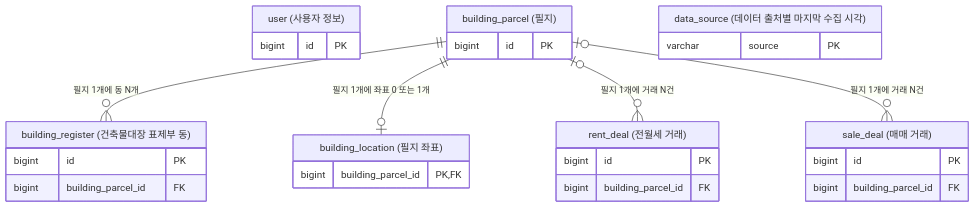
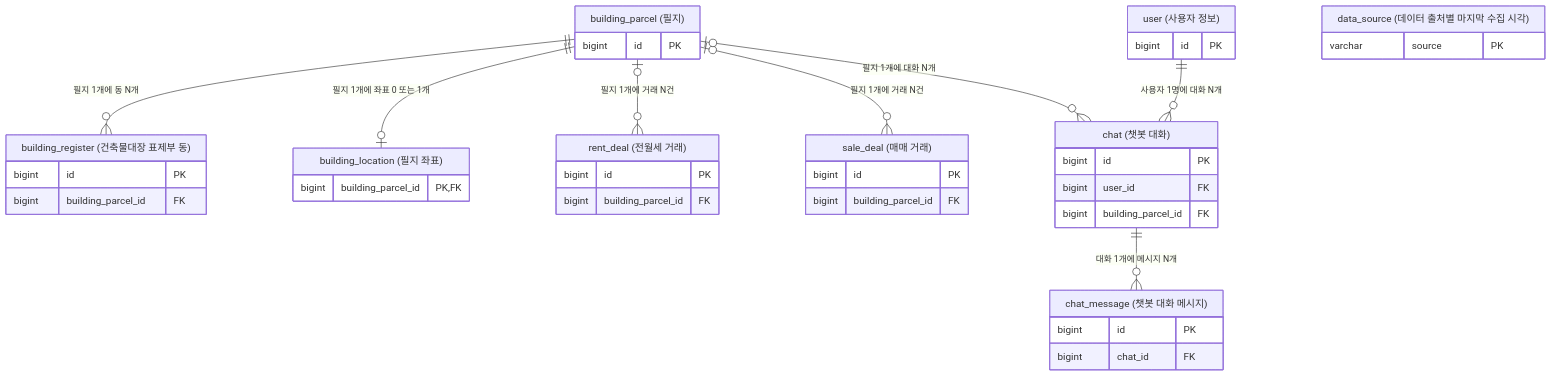
One commit to f-lab-edu/jipsee changed the first of 10 diagrams in docs/erd.md. Above: the diagram before and after it, drawn with Mermaid. The commit also changed other lines of this file and 4 other files, not shown here.

````diff
--- a/docs/erd.md
+++ b/docs/erd.md
@@ -5,31 +5,43 @@
 ```mermaid
 erDiagram
     user["user (사용자 정보)"] {
         bigint id PK
     }
     building_parcel ||--o{ building_register : "필지 1개에 동 N개"
     building_parcel["building_parcel (필지)"] {
         bigint id PK
     }
     building_register["building_register (건축물대장 표제부 동)"] {
         bigint id PK
         bigint building_parcel_id FK
     }
     building_parcel ||--o| building_location : "필지 1개에 좌표 0 또는 1개"
     building_location["building_location (필지 좌표)"] {
         bigint building_parcel_id PK, FK
     }
     building_parcel |o--o{ rent_deal : "필지 1개에 거래 N건"
     rent_deal["rent_deal (전월세 거래)"] {
         bigint id PK
         bigint building_parcel_id FK
     }
     building_parcel |o--o{ sale_deal : "필지 1개에 거래 N건"
     sale_deal["sale_deal (매매 거래)"] {
         bigint id PK
         bigint building_parcel_id FK
     }
+    user ||--o{ chat : "사용자 1명에 대화 N개"
+    building_parcel |o--o{ chat : "필지 1개에 대화 N개"
+    chat["chat (챗봇 대화)"] {
+        bigint id PK
+        bigint user_id FK
+        bigint building_parcel_id FK
+    }
+    chat ||--o{ chat_message : "대화 1개에 메시지 N개"
+    chat_message["chat_message (챗봇 대화 메시지)"] {
+        bigint id PK
+        bigint chat_id FK
+    }
     data_source["data_source (데이터 출처별 마지막 수집 시각)"] {
         varchar source PK
     }
 ```
````
